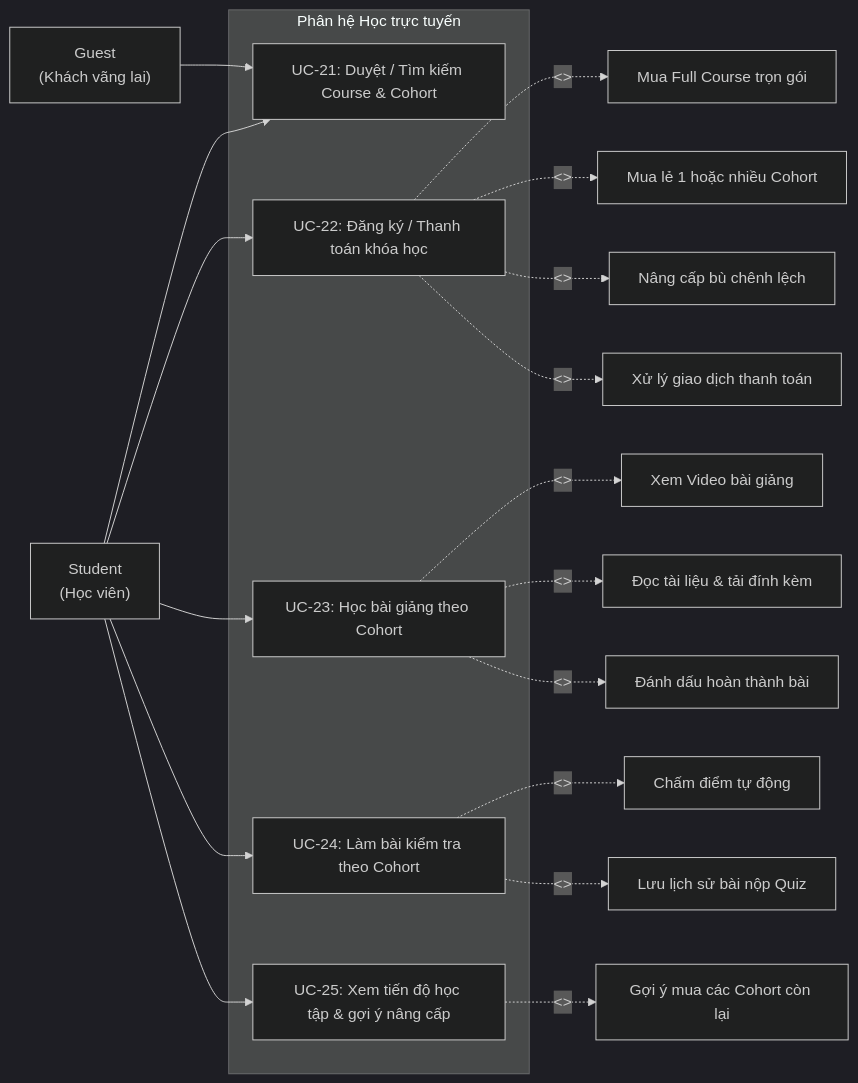
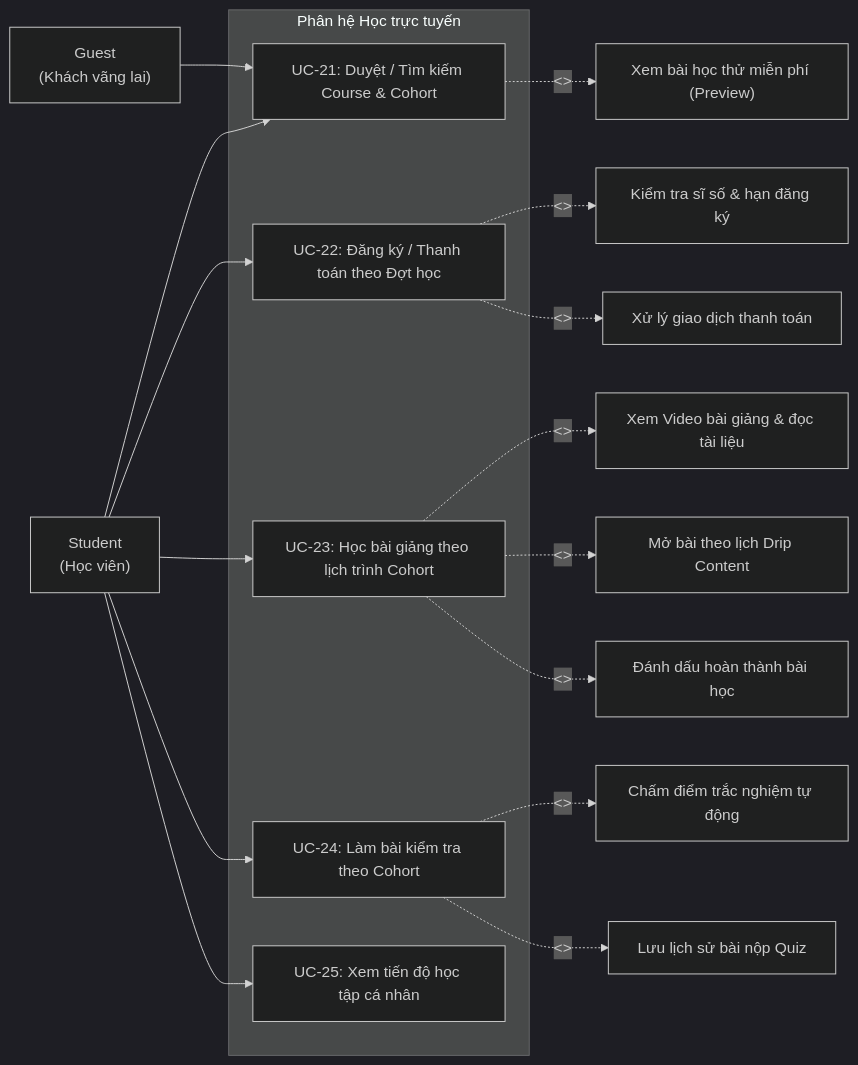
The second of 2 diagrams in utelearn/docs/usecases/UC05_HocTrucTuyen.md (TienNguyen23-12/utelearn-platform), drawn with Mermaid (dark theme) before and after one commit. The commit also changed other lines of this file and 17 other files, not shown here.

Commit message:
feat(cohort): support individual cohort and full course enrollment

````diff
--- a/utelearn/docs/usecases/UC05_HocTrucTuyen.md
+++ b/utelearn/docs/usecases/UC05_HocTrucTuyen.md
@@ -32,34 +30,31 @@
 ```mermaid
 graph LR
     Guest["Guest<br/>(Khách vãng lai)"]
     Student["Student<br/>(Học viên)"]
 
     subgraph UC_Learning["Phân hệ Học trực tuyến"]
         UC21["UC-21: Duyệt / Tìm kiếm Course & Cohort"]
-        UC22["UC-22: Đăng ký / Thanh toán khóa học"]
-        UC23["UC-23: Học bài giảng theo Cohort"]
+        UC22["UC-22: Đăng ký / Thanh toán theo Đợt học"]
+        UC23["UC-23: Học bài giảng theo lịch trình Cohort"]
         UC24["UC-24: Làm bài kiểm tra theo Cohort"]
-        UC25["UC-25: Xem tiến độ học tập & gợi ý nâng cấp"]
+        UC25["UC-25: Xem tiến độ học tập cá nhân"]
     end
 
     Guest --> UC21
     Student --> UC21
     Student --> UC22
     Student --> UC23
     Student --> UC24
     Student --> UC25
 
-    UC22 -.->|"<<extends>>"| UC22a["Mua Full Course trọn gói"]
-    UC22 -.->|"<<extends>>"| UC22b["Mua lẻ 1 hoặc nhiều Cohort"]
-    UC22 -.->|"<<extends>>"| UC22c["Nâng cấp bù chênh lệch"]
-    UC22 -.->|"<<includes>>"| UC22d["Xử lý giao dịch thanh toán"]
+    UC21 -.->|"<<includes>>"| UC21a["Xem bài học thử miễn phí (Preview)"]
+    UC22 -.->|"<<includes>>"| UC22a["Kiểm tra sĩ số & hạn đăng ký"]
+    UC22 -.->|"<<includes>>"| UC22b["Xử lý giao dịch thanh toán"]
 
-    UC23 -.->|"<<includes>>"| UC23a["Xem Video bài giảng"]
-    UC23 -.->|"<<includes>>"| UC23b["Đọc tài liệu & tải đính kèm"]
-    UC23 -.->|"<<includes>>"| UC23c["Đánh dấu hoàn thành bài"]
+    UC23 -.->|"<<includes>>"| UC23a["Xem Video bài giảng & đọc tài liệu"]
+    UC23 -.->|"<<includes>>"| UC23b["Mở bài theo lịch Drip Content"]
+    UC23 -.->|"<<includes>>"| UC23c["Đánh dấu hoàn thành bài học"]
 
-    UC24 -.->|"<<includes>>"| UC24a["Chấm điểm tự động"]
+    UC24 -.->|"<<includes>>"| UC24a["Chấm điểm trắc nghiệm tự động"]
     UC24 -.->|"<<includes>>"| UC24b["Lưu lịch sử bài nộp Quiz"]
-
-    UC25 -.->|"<<includes>>"| UC25a["Gợi ý mua các Cohort còn lại"]
 ```
````
